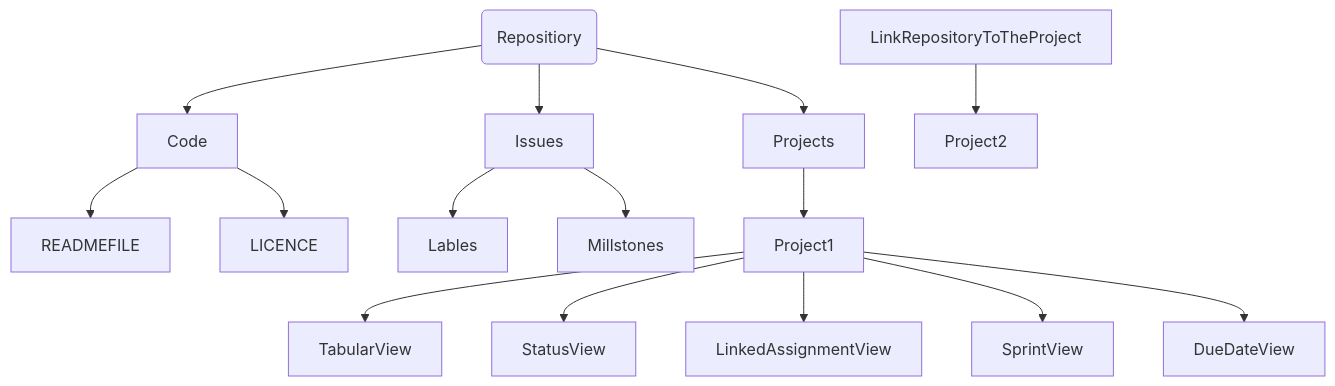
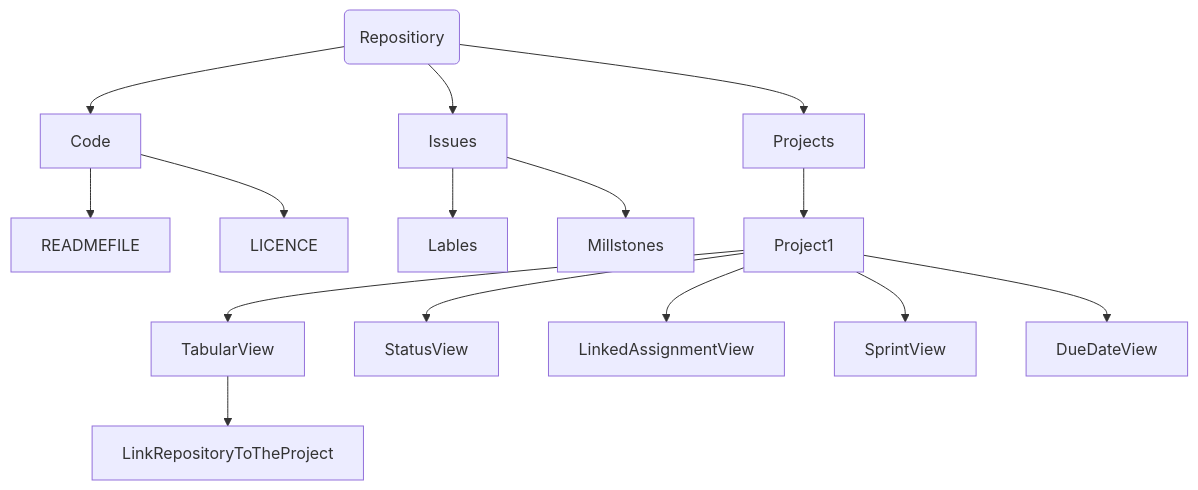
The diagram in README.md (Cryslender/CMPG-323-Overview-36627399), drawn with Mermaid before and after one commit.

````diff
--- a/README.md
+++ b/README.md
@@ -12,17 +12,17 @@
 ```mermaid
 graph TB;
     CMPG-323Overview(Repositiory)-->Code;
     CMPG-323Overview(Repositiory)-->Issues;
     CMPG-323Overview(Repositiory)-->Projects;
     Code-->READMEFILE;
     Code-->LICENCE;
     Issues-->Lables;
     Issues-->Millstones;
     Projects-->Project1;
     Project1-->TabularView;
     Project1-->StatusView;
     Project1-->LinkedAssignmentView;
     Project1-->SprintView;
     Project1-->DueDateView;
-    LinkRepositoryToTheProject-->Project2;
+    TabularView-->LinkRepositoryToTheProject;
 ```
````
